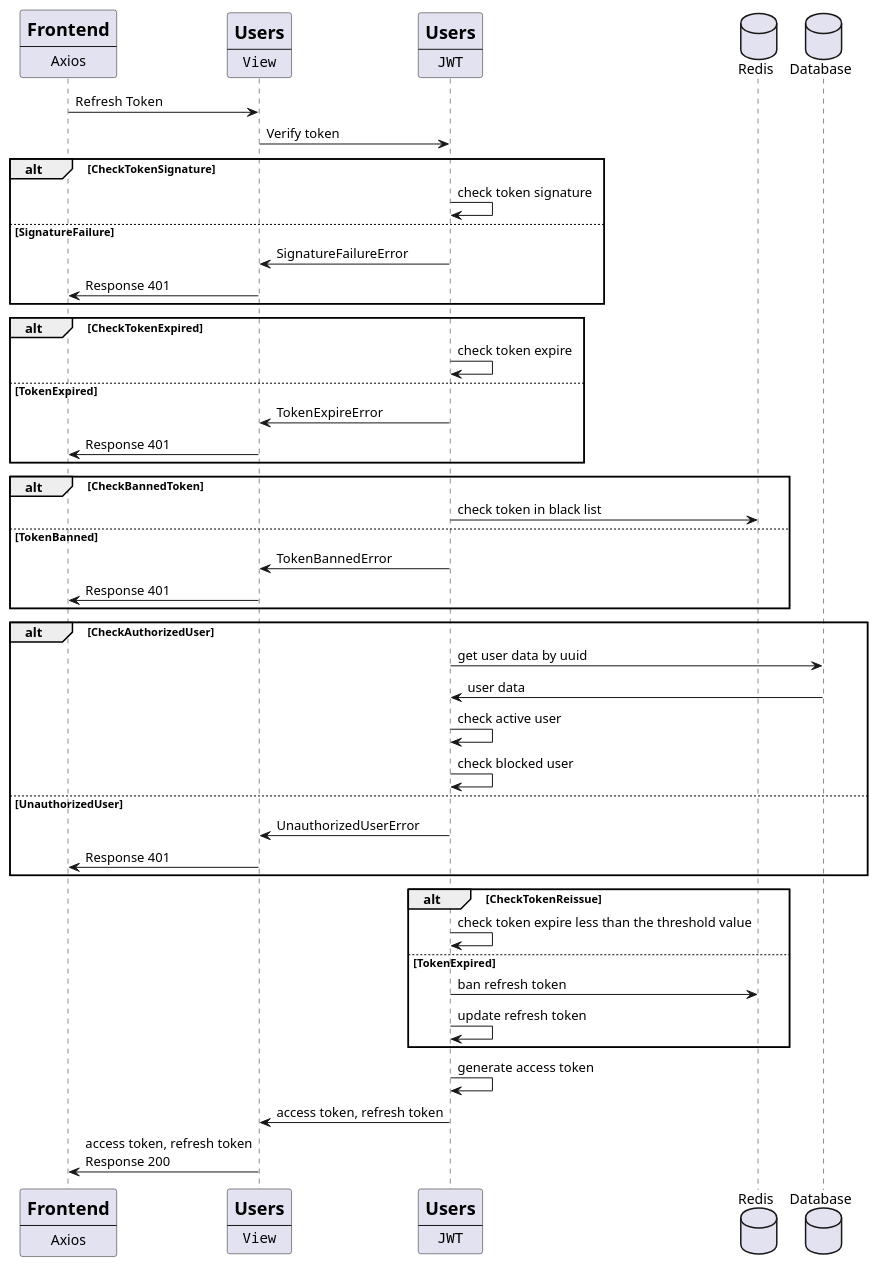
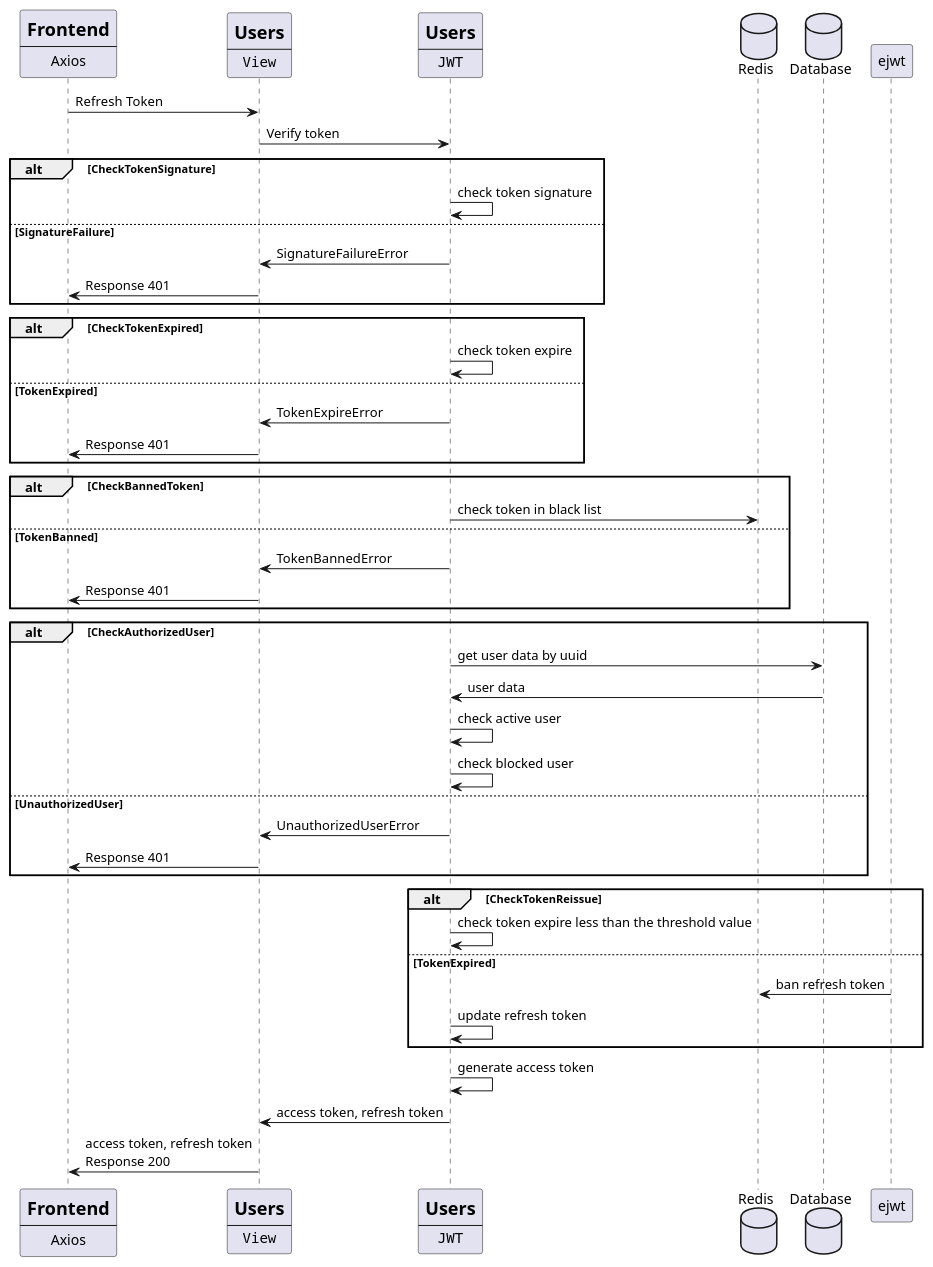
The diagram in backend/users/docs/src/refresh_token_diagram.puml (DJWOMS/GSpot), drawn with PlantUML before and after one commit.

Commit message:
Users | Update refresh token diargam

```diff
--- a/backend/users/docs/src/refresh_token_diagram.puml
+++ b/backend/users/docs/src/refresh_token_diagram.puml
@@ -1,57 +1,57 @@
 @startuml
 participant frontend [
     =Frontend
     ----
     Axios
 ]
 participant users [
     =Users
     ----
     ""View""
 ]
 participant jwt [
     =Users
     ----
     ""JWT""
 ]
 database Redis as redis
 database Database as database
 frontend -> users : Refresh Token
 users -> jwt : Verify token
      alt CheckTokenSignature
       jwt -> jwt: check token signature
 else SignatureFailure
       jwt -> users: SignatureFailureError
       users -> frontend: Response 401
 end
 alt CheckTokenExpired
        jwt -> jwt: check token expire
 else TokenExpired
     jwt -> users: TokenExpireError
     users -> frontend: Response 401
 end
 alt CheckBannedToken
      jwt -> redis: check token in black list
 else TokenBanned
      jwt -> users: TokenBannedError
       users -> frontend: Response 401
 end
 alt CheckAuthorizedUser
       jwt -> database: get user data by uuid
       database -> jwt: user data
       jwt -> jwt: check active user
       jwt -> jwt: check blocked user
 else UnauthorizedUser
       jwt -> users: UnauthorizedUserError
       users -> frontend: Response 401
 end
 alt CheckTokenReissue
        jwt -> jwt: check token expire less than the threshold value
 else TokenExpired
-       jwt-> redis: ban refresh token
+       ejwt-> redis: ban refresh token
     jwt -> jwt: update refresh token
 end
 jwt -> jwt: generate access token
 jwt -> users: access token, refresh token
 users -> frontend: access token, refresh token\nResponse 200
 @enduml
```
